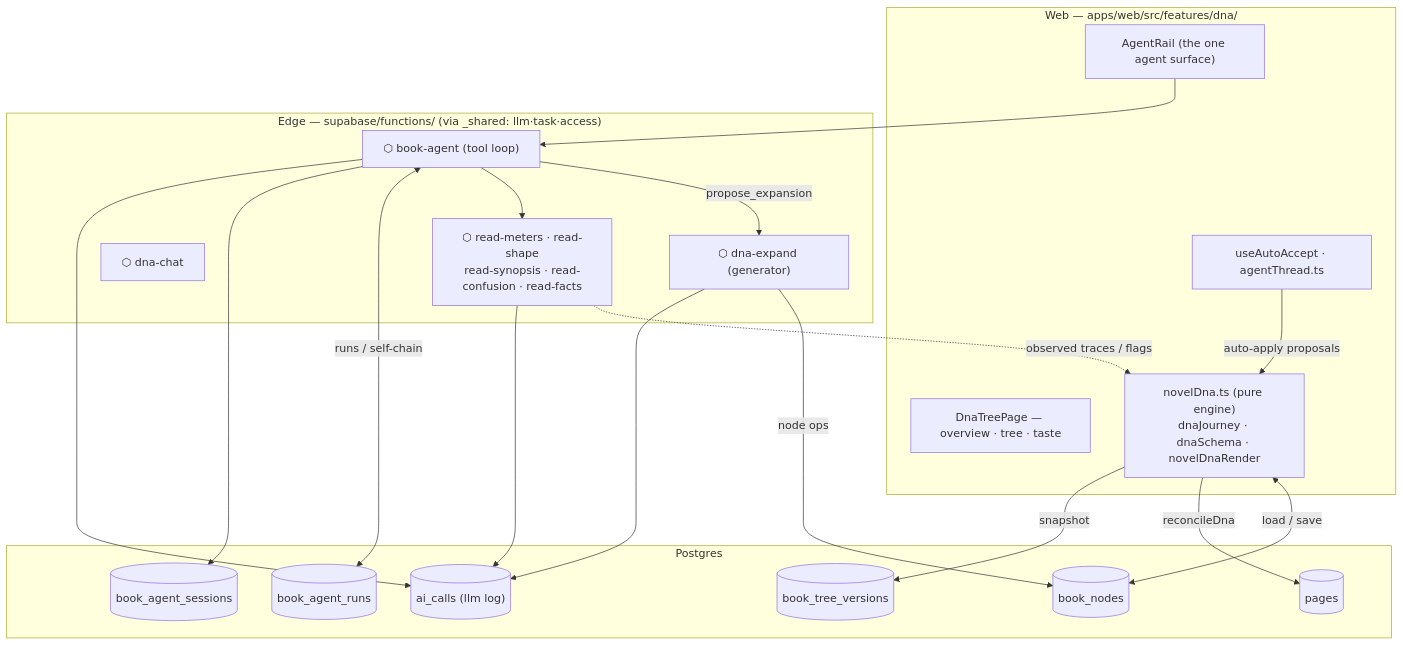
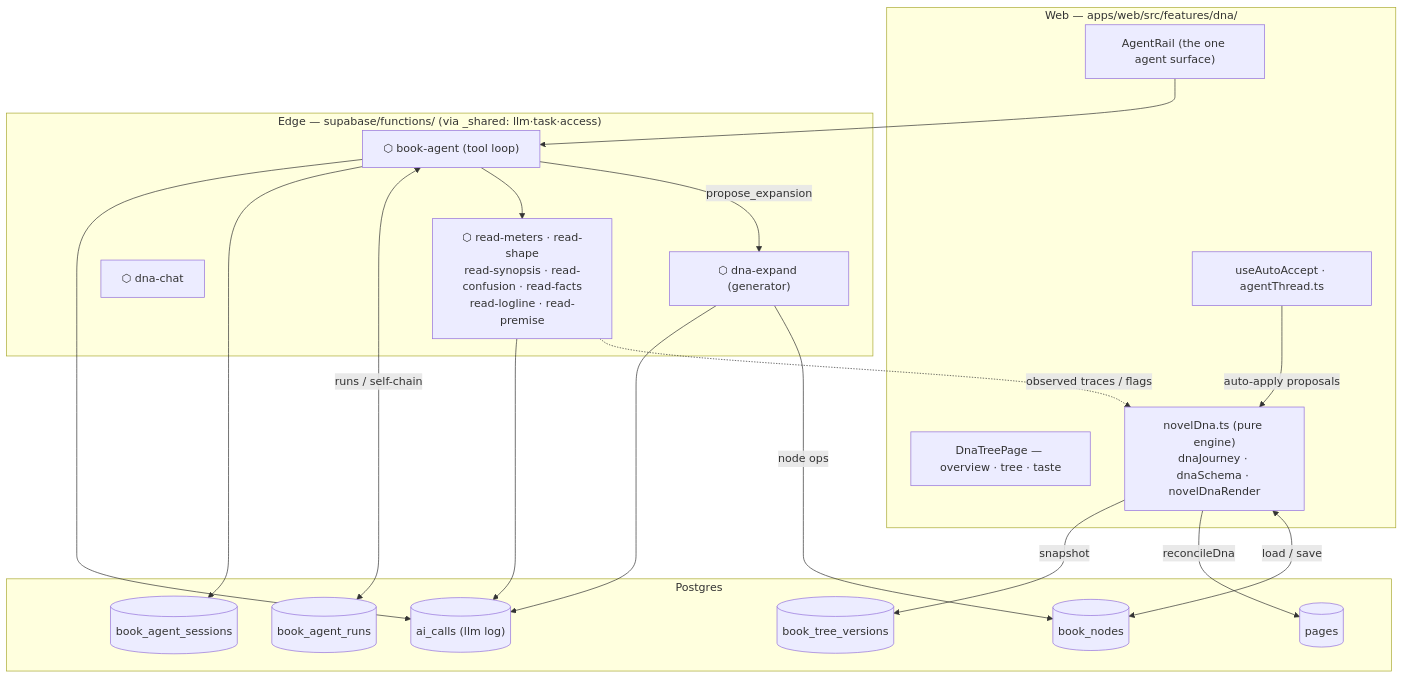
Before and after one commit to ordervschaos/pensive-books: the fourth of 9 diagrams in docs/dna/architecture.md, drawn with Mermaid. The commit also changed other lines of this file and 15 other files, not shown here.

Commit message:
LLM reviewer for logline and premise

````diff
--- a/docs/dna/architecture.md
+++ b/docs/dna/architecture.md
@@ -118,40 +118,40 @@
 ```mermaid
 flowchart TB
   subgraph WEB["Web — apps/web/src/features/dna/"]
     rail["AgentRail (the one agent surface)"]
     treepg["DnaTreePage — overview · tree · taste"]
     hooks["useAutoAccept · agentThread.ts"]
     engine["novelDna.ts (pure engine)\ndnaJourney · dnaSchema · novelDnaRender"]
   end
 
   subgraph EDGE["Edge — supabase/functions/ (via _shared: llm·task·access)"]
     ba["⬡ book-agent (tool loop)"]
     dx["⬡ dna-expand (generator)"]
     dc["⬡ dna-chat"]
-    reads["⬡ read-meters · read-shape\nread-synopsis · read-confusion · read-facts"]
+    reads["⬡ read-meters · read-shape\nread-synopsis · read-confusion · read-facts\nread-logline · read-premise"]
   end
 
   subgraph DB["Postgres"]
     nodes[("book_nodes")]
     runs[("book_agent_runs")]
     sess[("book_agent_sessions")]
     vers[("book_tree_versions")]
     calls[("ai_calls (llm log)")]
     pages[("pages")]
   end
 
   rail --> ba
   ba -->|propose_expansion| dx
   ba --> reads
   ba <-->|runs / self-chain| runs
   ba --> sess
   dx -->|node ops| nodes
   reads -.observed traces / flags.-> engine
   engine <-->|load / save| nodes
   engine -->|reconcileDna| pages
   hooks -->|auto-apply proposals| engine
   engine -->|snapshot| vers
   ba --> calls
   dx --> calls
   reads --> calls
 ```
````
